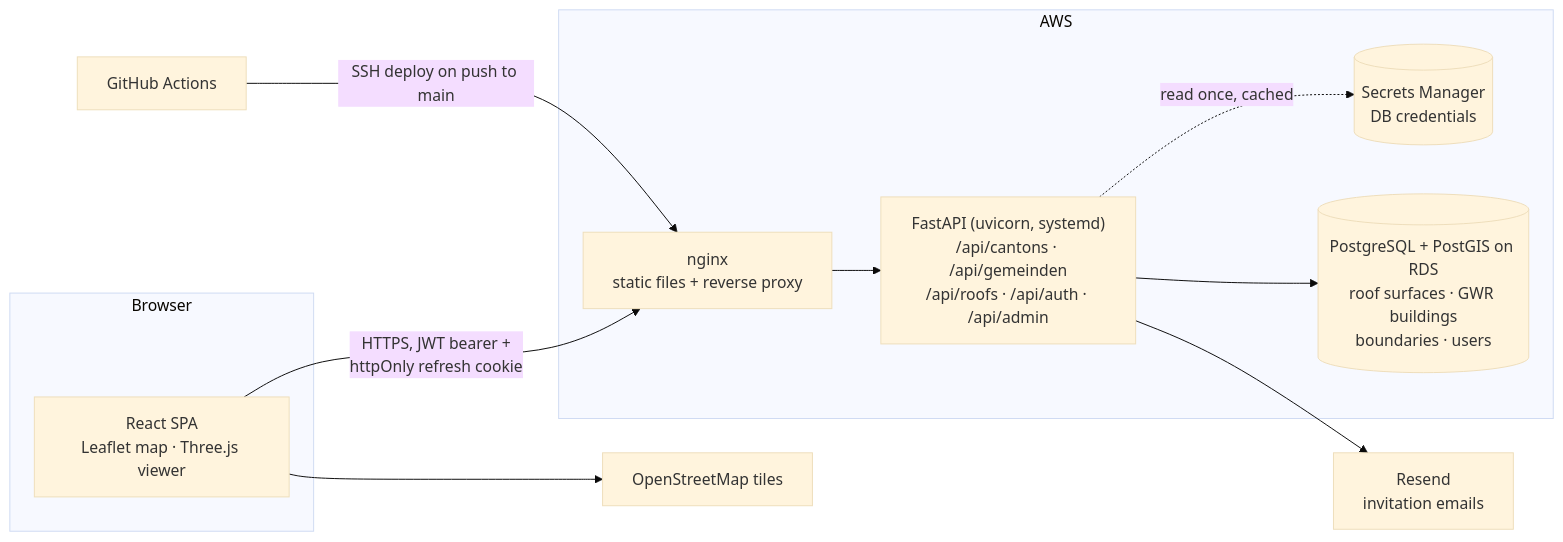
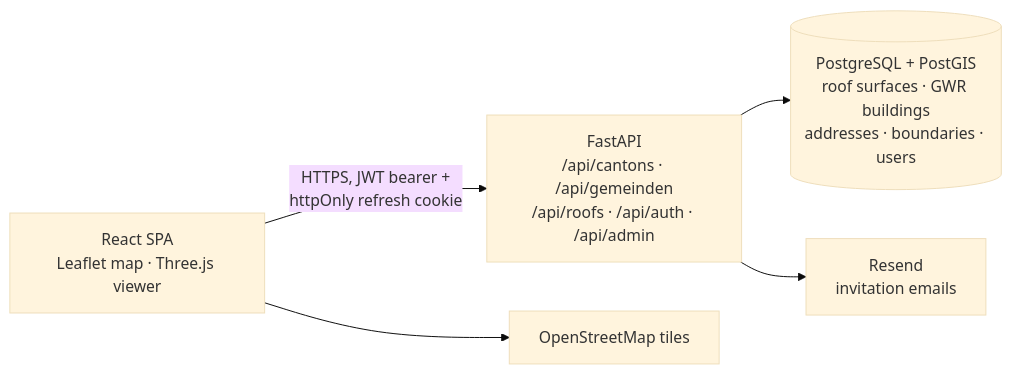
One commit to torstenschmaelzle/oikos-vision changed the first of 2 diagrams in README.md. Above: the diagram before and after it, drawn with Mermaid (base theme). The commit also changed other lines of this file, not shown here.

Commit message:
docs: describe the AWS production infrastructure

````diff
--- a/README.md
+++ b/README.md
@@ -100,25 +100,13 @@
 ```mermaid
 flowchart LR
-    subgraph Browser
-        SPA["React SPA<br/>Leaflet map · Three.js viewer"]
-    end
-
-    subgraph AWS
-        NGINX["nginx<br/>static files + reverse proxy"]
-        API["FastAPI (uvicorn, systemd)<br/>/api/cantons · /api/gemeinden<br/>/api/roofs · /api/auth · /api/admin"]
-        SM[("Secrets Manager<br/>DB credentials")]
-        DB[("PostgreSQL + PostGIS on RDS<br/>roof surfaces · GWR buildings<br/>boundaries · users")]
-    end
-
+    SPA["React SPA<br/>Leaflet map · Three.js viewer"]
+    API["FastAPI<br/>/api/cantons · /api/gemeinden<br/>/api/roofs · /api/auth · /api/admin"]
+    DB[("PostgreSQL + PostGIS<br/>roof surfaces · GWR buildings<br/>addresses · boundaries · users")]
     MAIL["Resend<br/>invitation emails"]
     OSM["OpenStreetMap tiles"]
-    GH["GitHub Actions"]
 
-    SPA -- "HTTPS, JWT bearer +<br/>httpOnly refresh cookie" --> NGINX
-    NGINX --> API
+    SPA -- "HTTPS, JWT bearer +<br/>httpOnly refresh cookie" --> API
     API --> DB
-    API -. "read once, cached" .-> SM
     API --> MAIL
     SPA --> OSM
-    GH -- "SSH deploy on push to main" --> NGINX
 ```
````
